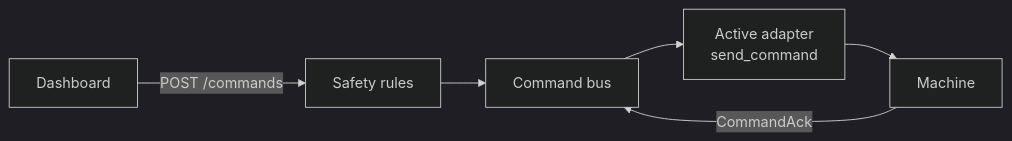
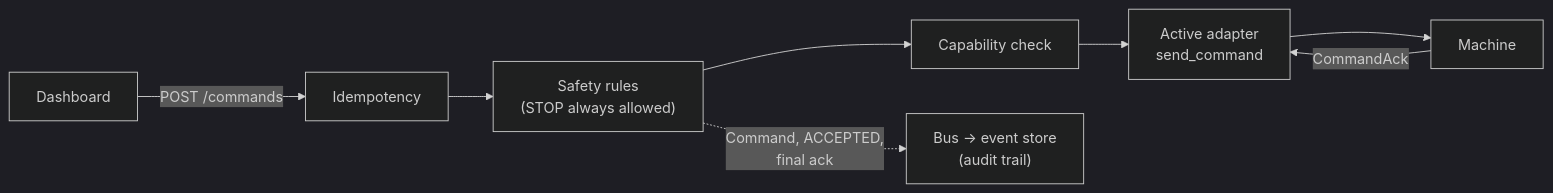
One commit to k-vruttika/3d-digital-twin-fault-detection changed the fourth of 5 diagrams in docs/architecture.md. Above: the diagram before and after it, drawn with Mermaid (dark theme). The commit also changed other lines of this file and 55 other files, not shown here.

````diff
--- a/docs/architecture.md
+++ b/docs/architecture.md
@@ -91,5 +111,6 @@
 ```mermaid
 flowchart LR
-    D["Dashboard"] -->|POST /commands| S["Safety rules"] --> CB["Command bus"] --> A["Active adapter<br/>send_command"] --> M["Machine"]
-    M -->|CommandAck| CB
+    D["Dashboard"] -->|POST /commands| I["Idempotency"] --> S["Safety rules<br/>(STOP always allowed)"] --> C["Capability check"] --> A["Active adapter<br/>send_command"] --> M["Machine"]
+    M -->|CommandAck| A
+    S -.->|"Command, ACCEPTED,<br/>final ack"| B["Bus → event store<br/>(audit trail)"]
 ```
````
